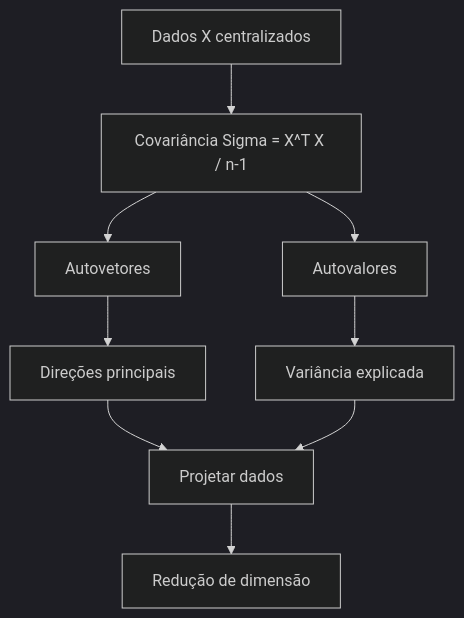
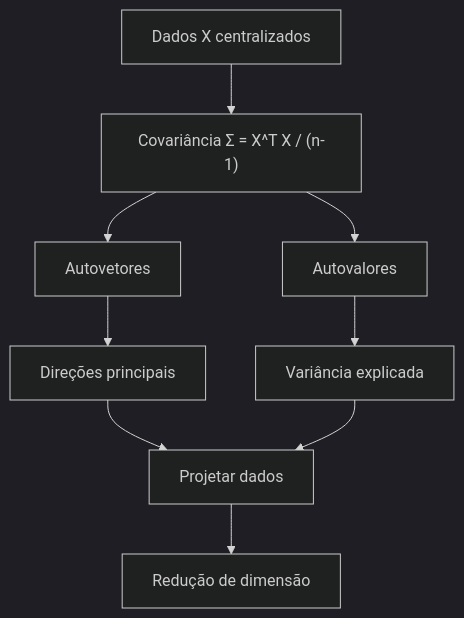
One commit to GabrielFerreiraAbel/Math-to-models changed the eighth of 9 diagrams in algebralinear/RESUMO.MD. Above: the diagram before and after it, drawn with Mermaid (dark theme). The commit also changed other lines of this file, not shown here.

````diff
--- a/algebralinear/RESUMO.MD
+++ b/algebralinear/RESUMO.MD
@@ -1847,11 +1847,11 @@
 ```mermaid
 flowchart TD
-    A[Dados X centralizados] --> B[Covariância Sigma = X^T X / n-1]
+    A[Dados X centralizados] --> B["Covariância Σ = X^T X / (n-1)"]
     B --> C[Autovetores]
     B --> D[Autovalores]
     C --> E[Direções principais]
     D --> F[Variância explicada]
     E --> G[Projetar dados]
     F --> G
     G --> H[Redução de dimensão]
 ```
````
